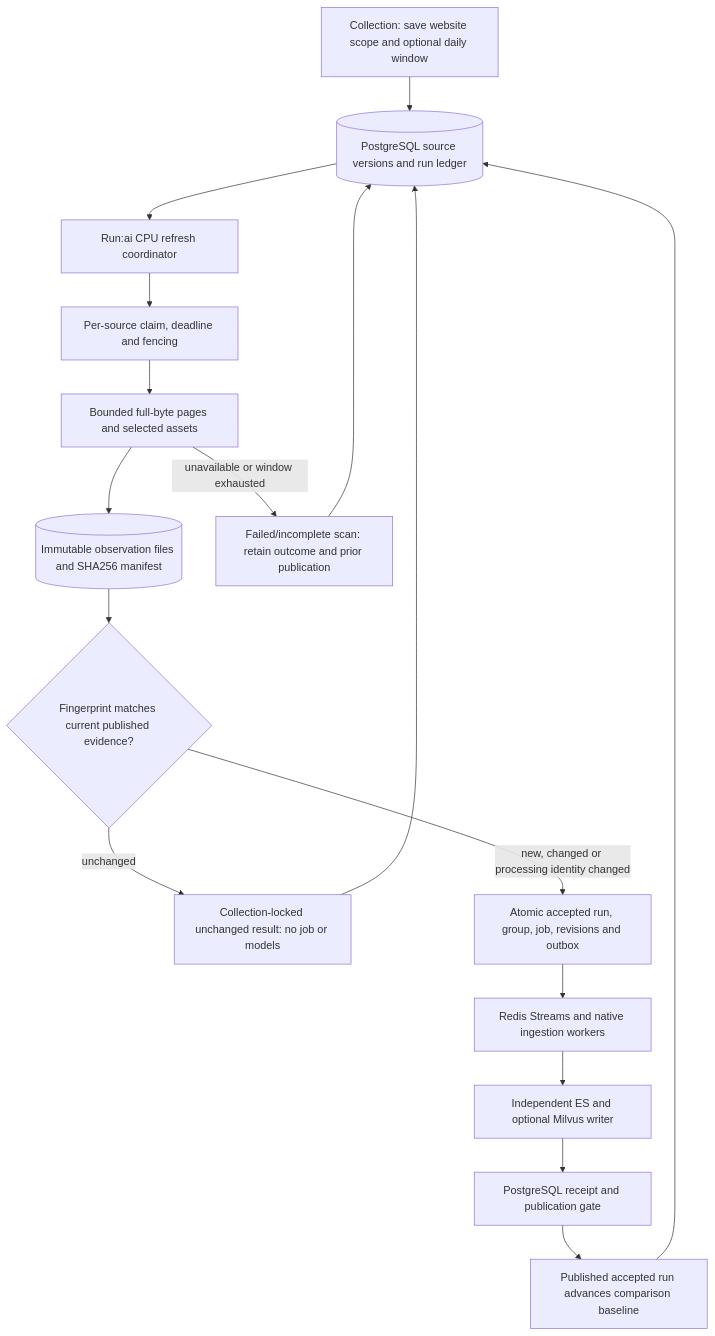
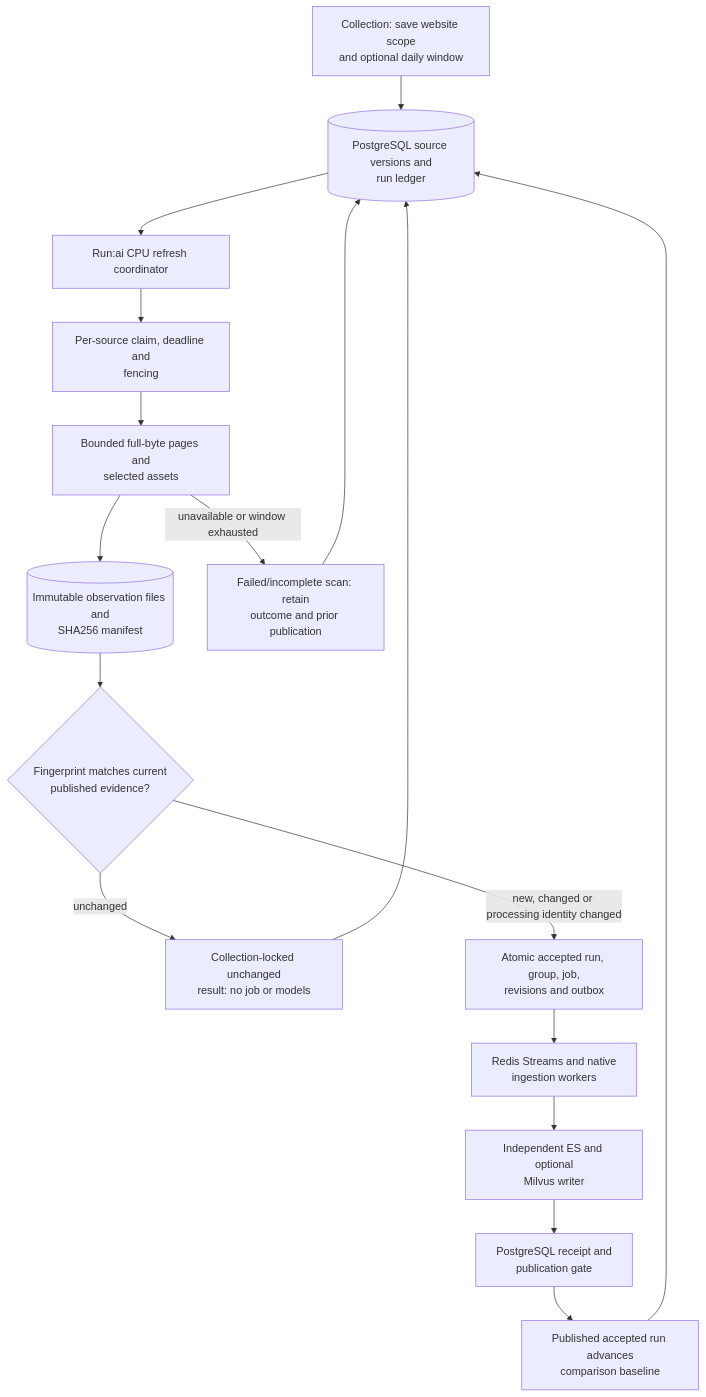
The diagram in diagrams/source-rechecks.mmd (joncoons/runai-rag-agentic), drawn with Mermaid before and after one commit. The commit also changed 16 other files, not shown here.

Commit message:
Fix diagram label clipping with native SVG previews

```diff
--- a/diagrams/source-rechecks.mmd
+++ b/diagrams/source-rechecks.mmd
@@ -1,19 +1,19 @@
 flowchart TD
-    U[Collection: save website scope and optional daily window]
-    P[(PostgreSQL source versions and run ledger)]
-    T[Run:ai CPU refresh coordinator]
-    L[Per-source claim, deadline and fencing]
-    A[Bounded full-byte pages and selected assets]
-    O[(Immutable observation files and SHA256 manifest)]
-    C{Fingerprint matches current published evidence?}
-    N[Collection-locked unchanged result: no job or models]
-    I[Atomic accepted run, group, job, revisions and outbox]
-    R[Redis Streams and native ingestion workers]
-    V[Independent ES and optional Milvus writer]
-    G[PostgreSQL receipt and publication gate]
-    B[Published accepted run advances comparison baseline]
-    F[Failed/incomplete scan: retain outcome and prior publication]
+    U["Collection: save website scope<br/>and optional daily window"]
+    P[("PostgreSQL source versions and<br/>run ledger")]
+    T["Run:ai CPU refresh coordinator"]
+    L["Per-source claim, deadline and<br/>fencing"]
+    A["Bounded full-byte pages and<br/>selected assets"]
+    O[("Immutable observation files and<br/>SHA256 manifest")]
+    C{"Fingerprint matches current<br/>published evidence?"}
+    N["Collection-locked unchanged<br/>result: no job or models"]
+    I["Atomic accepted run, group, job,<br/>revisions and outbox"]
+    R["Redis Streams and native<br/>ingestion workers"]
+    V["Independent ES and optional<br/>Milvus writer"]
+    G["PostgreSQL receipt and<br/>publication gate"]
+    B["Published accepted run advances<br/>comparison baseline"]
+    F["Failed/incomplete scan: retain<br/>outcome and prior publication"]
     U --> P --> T --> L --> A --> O --> C
     C -->|unchanged| N --> P
     C -->|new, changed or processing identity changed| I --> R --> V --> G --> B --> P
     A -->|unavailable or window exhausted| F --> P
```
